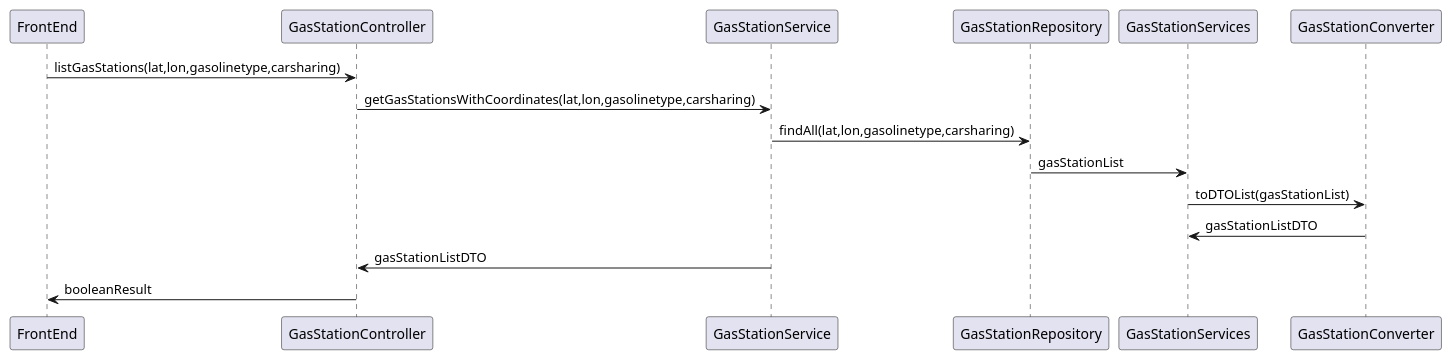
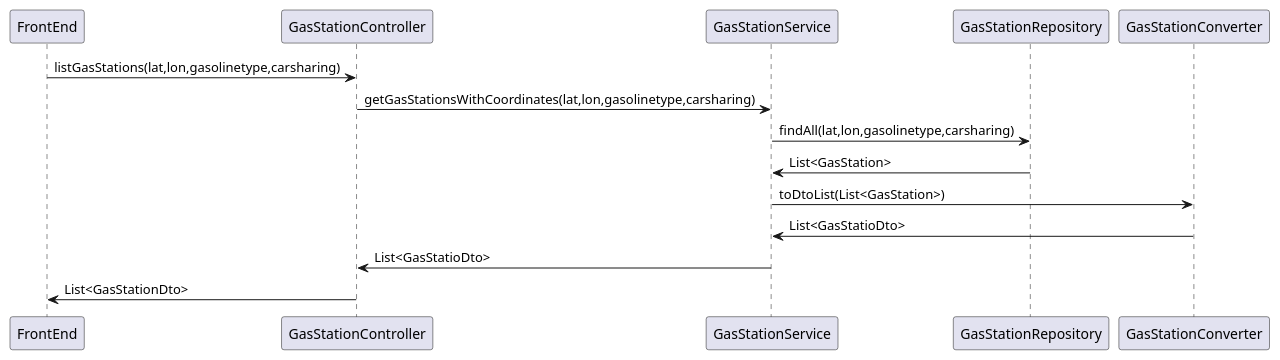
Diagram 12 of 13 in docs/DesignDocument.md (CangaRouter/ExGas), drawn with PlantUML before and after one commit. The commit also changed other lines of this file, not shown here.

Commit message:
Fix: minor modification to sequence diagrams

````diff
--- a/docs/DesignDocument.md
+++ b/docs/DesignDocument.md
@@ -678,13 +671,13 @@
 ```plantuml
 @startuml
     FrontEnd -> GasStationController : listGasStations(lat,lon,gasolinetype,carsharing)
     GasStationController -> GasStationService: getGasStationsWithCoordinates(lat,lon,gasolinetype,carsharing)
     GasStationService -> GasStationRepository : findAll(lat,lon,gasolinetype,carsharing)
-    GasStationRepository -> GasStationServices: gasStationList
-    GasStationServices -> GasStationConverter: toDTOList(gasStationList)
-    GasStationConverter -> GasStationServices: gasStationListDTO
-    GasStationService -> GasStationController: gasStationListDTO
-    GasStationController -> FrontEnd: booleanResult
+    GasStationRepository -> GasStationService: List<GasStation>
+    GasStationService -> GasStationConverter: toDtoList(List<GasStation>)
+    GasStationConverter -> GasStationService: List<GasStatioDto>
+    GasStationService -> GasStationController: List<GasStatioDto>
+    GasStationController -> FrontEnd: List<GasStationDto>
 @enduml
 
 ```
````
